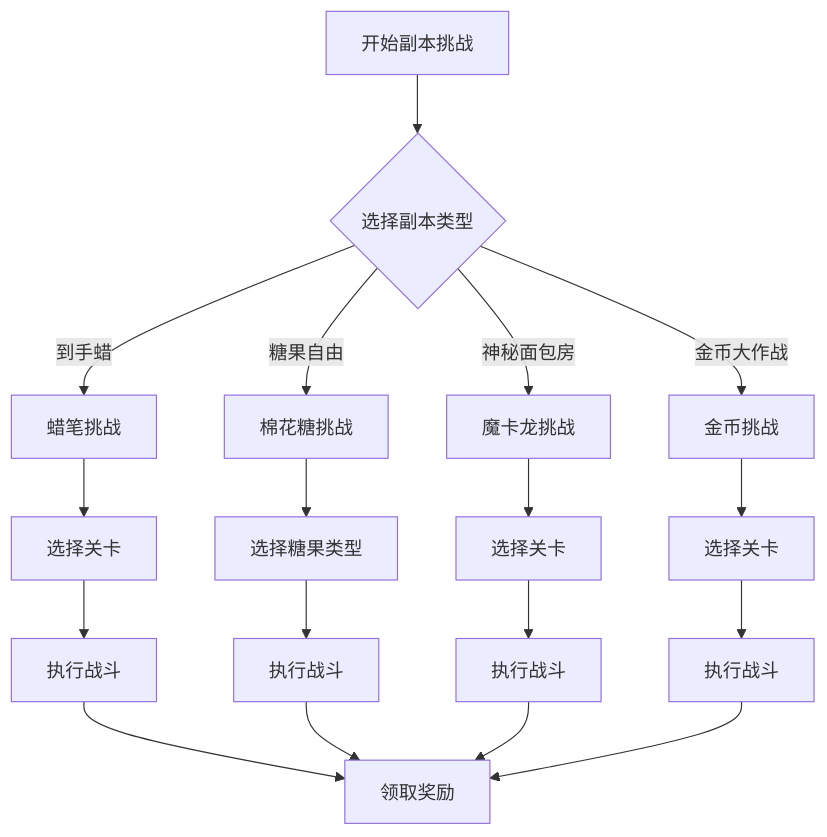
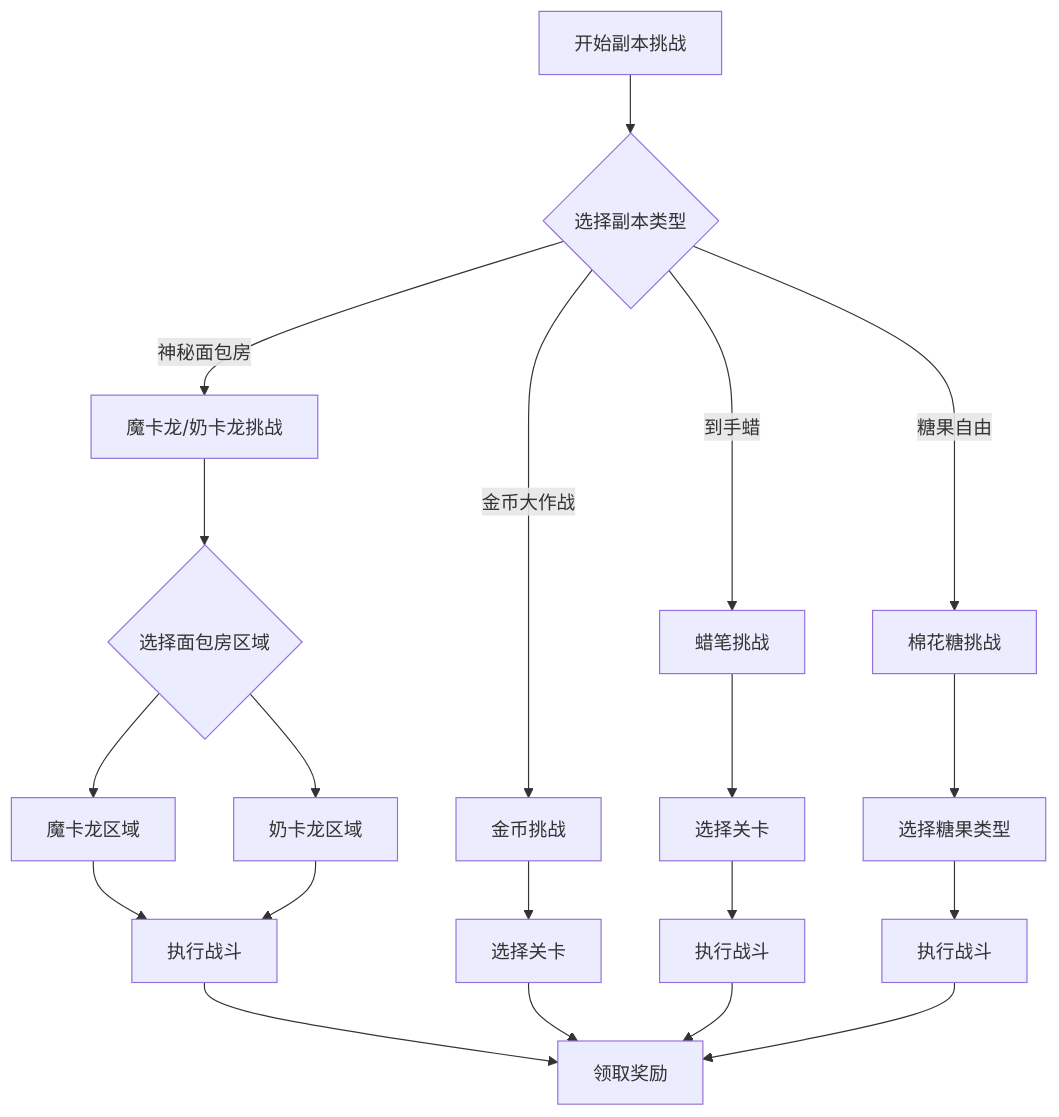
The eighth of 12 diagrams in .qoder/repowiki/zh/content/Daily Clear Purple Candy Functionality.md (kqcoxn/MaaDuDuL), drawn with Mermaid before and after one commit. The commit also changed other lines of this file and 12 other files, not shown here.

````diff
--- a/.qoder/repowiki/zh/content/Daily Clear Purple Candy Functionality.md
+++ b/.qoder/repowiki/zh/content/Daily Clear Purple Candy Functionality.md
@@ -321,20 +365,22 @@
 ```mermaid
 flowchart TD
 A[开始副本挑战] --> B{选择副本类型}
 B --> |到手蜡| C[蜡笔挑战]
 B --> |糖果自由| D[棉花糖挑战]
-B --> |神秘面包房| E[魔卡龙挑战]
+B --> |神秘面包房| E[魔卡龙/奶卡龙挑战]
 B --> |金币大作战| F[金币挑战]
 C --> G[选择关卡]
 D --> H[选择糖果类型]
-E --> I[选择关卡]
-F --> J[选择关卡]
-G --> K[执行战斗]
-H --> L[执行战斗]
-I --> M[执行战斗]
-J --> N[执行战斗]
-K --> O[领取奖励]
-L --> O
-M --> O
-N --> O
+E --> I{选择面包房区域}
+I --> J[魔卡龙区域]
+I --> K[奶卡龙区域]
+J --> L[执行战斗]
+K --> L
+F --> M[选择关卡]
+G --> N[执行战斗]
+H --> O[执行战斗]
+L --> P[领取奖励]
+M --> P
+N --> P
+O --> P
 ```
````
